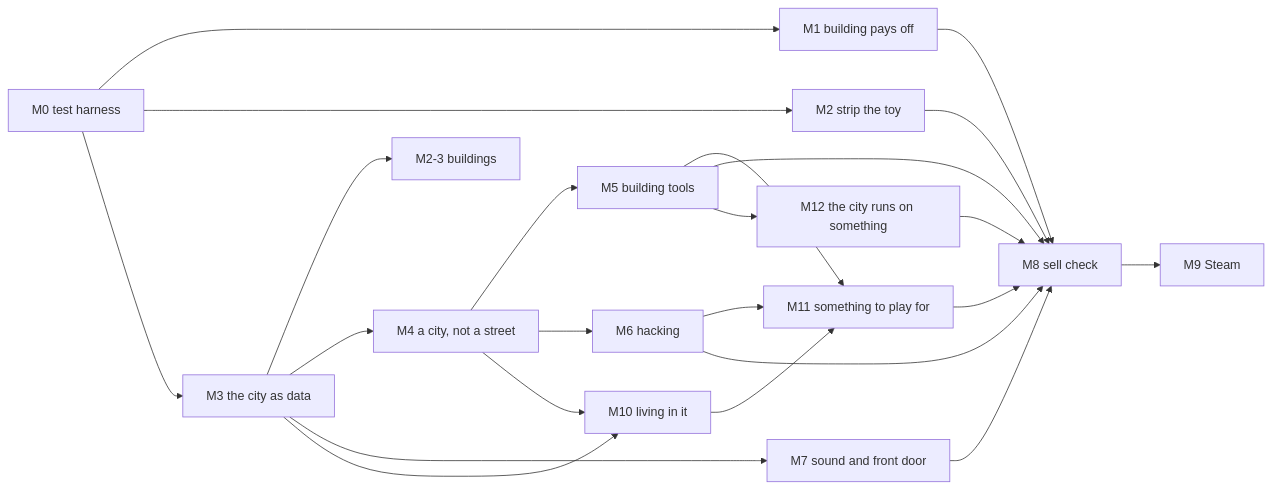
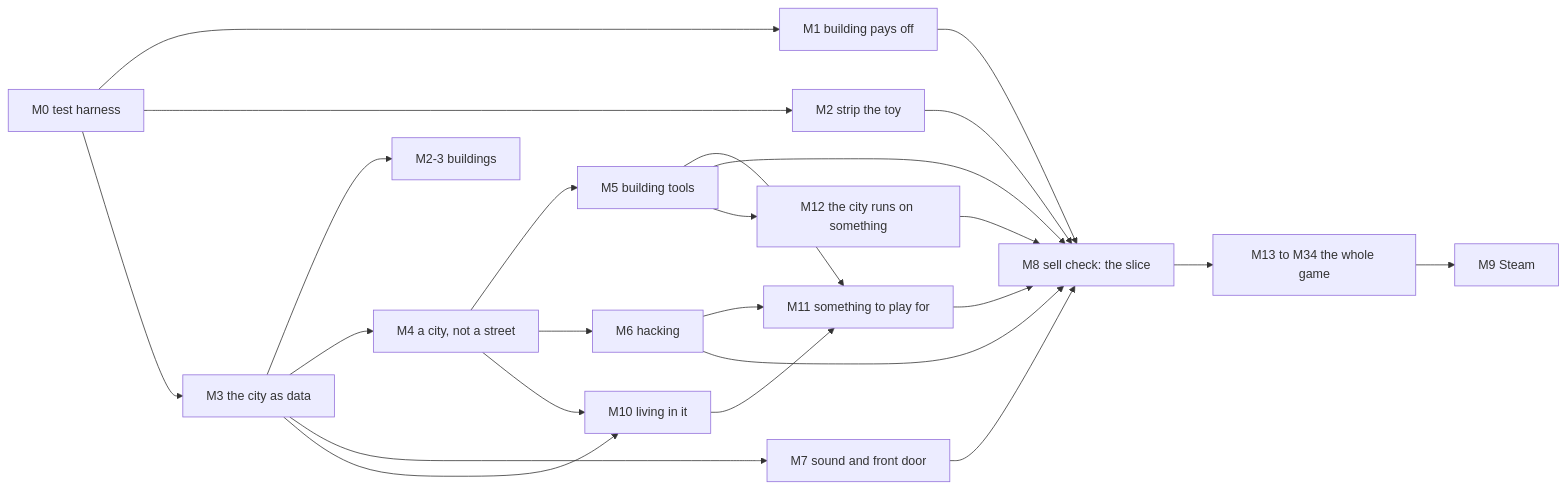
The diagram in docs/ROADMAP.md (nonml/urbis), drawn with Mermaid before and after one commit. The commit also changed other lines of this file and 52 other files, not shown here.

````diff
--- a/docs/ROADMAP.md
+++ b/docs/ROADMAP.md
@@ -108,25 +110,26 @@
 ```mermaid
 graph LR
   M0[M0 test harness] --> M1[M1 building pays off]
   M0 --> M2[M2 strip the toy]
   M0 --> M3[M3 the city as data]
   M3 --> M23[M2-3 buildings]
   M3 --> M4[M4 a city, not a street]
   M3 --> M7[M7 sound and front door]
   M4 --> M5[M5 building tools]
   M4 --> M6[M6 hacking]
   M3 --> M10[M10 living in it]
   M4 --> M10
   M5 --> M11[M11 something to play for]
   M6 --> M11
   M10 --> M11
-  M1 --> M8[M8 sell check]
+  M1 --> M8[M8 sell check: the slice]
   M2 --> M8
   M5 --> M8
   M6 --> M8
   M7 --> M8
   M11 --> M8
   M5 --> M12[M12 the city runs on something]
   M12 --> M8
-  M8 --> M9[M9 Steam]
+  M8 --> FULL[M13 to M34 the whole game]
+  FULL --> M9[M9 Steam]
 ```
````
